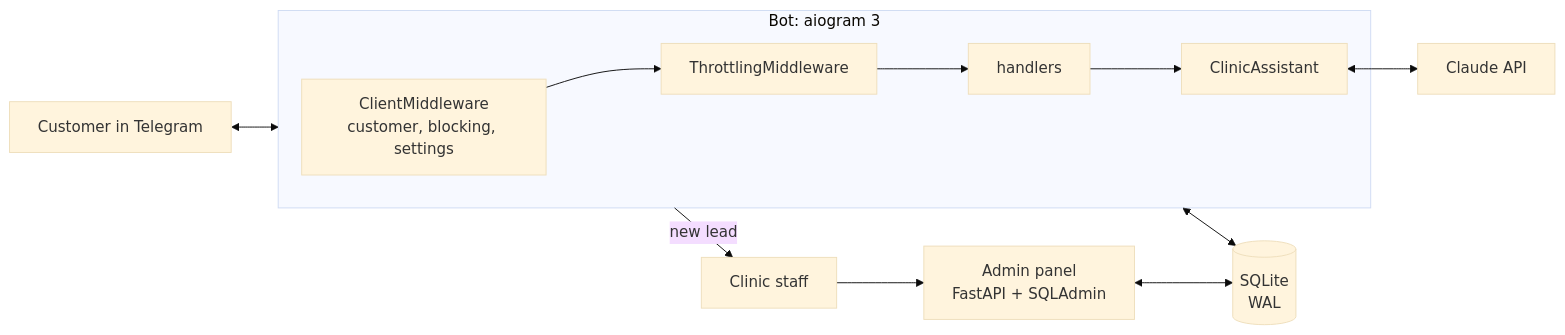
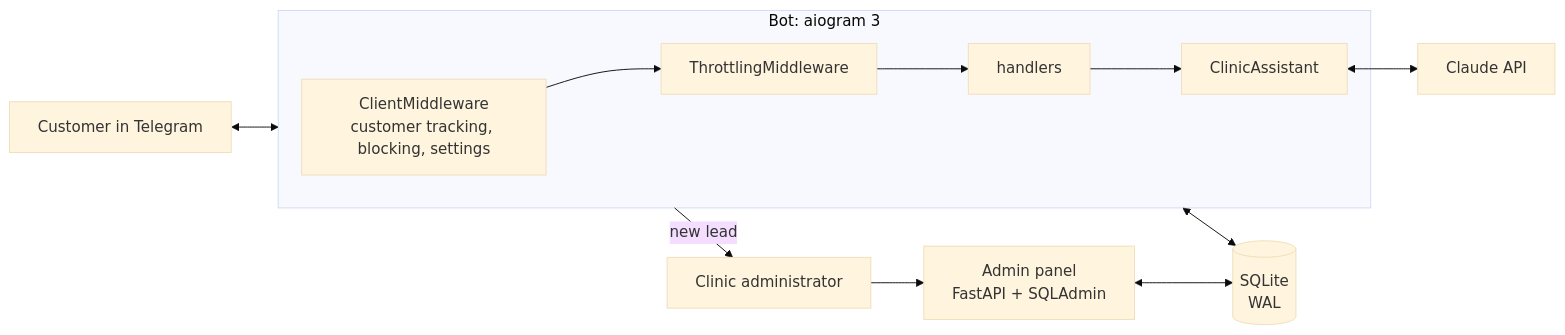
Before and after one commit to epythonic/MedLLMBot: the first of 3 diagrams in README.md, drawn with Mermaid (base theme). The commit also changed other lines of this file and 34 other files, not shown here.

````diff
--- a/README.md
+++ b/README.md
@@ -89,13 +68,13 @@
 ```mermaid
 flowchart LR
     TG[Customer in Telegram] <--> Bot
     subgraph Bot [Bot: aiogram 3]
-        CM[ClientMiddleware<br/>customer, blocking, settings] --> TM[ThrottlingMiddleware]
+        CM[ClientMiddleware<br/>customer tracking, blocking, settings] --> TM[ThrottlingMiddleware]
         TM --> H[handlers] --> A[ClinicAssistant]
     end
     A <--> Claude[Claude API]
     Bot <--> DB[(SQLite<br/>WAL)]
     Admin[Admin panel<br/>FastAPI + SQLAdmin] <--> DB
-    Staff[Clinic staff] --> Admin
+    Staff[Clinic administrator] --> Admin
     Bot -- new lead --> Staff
 ```
````
